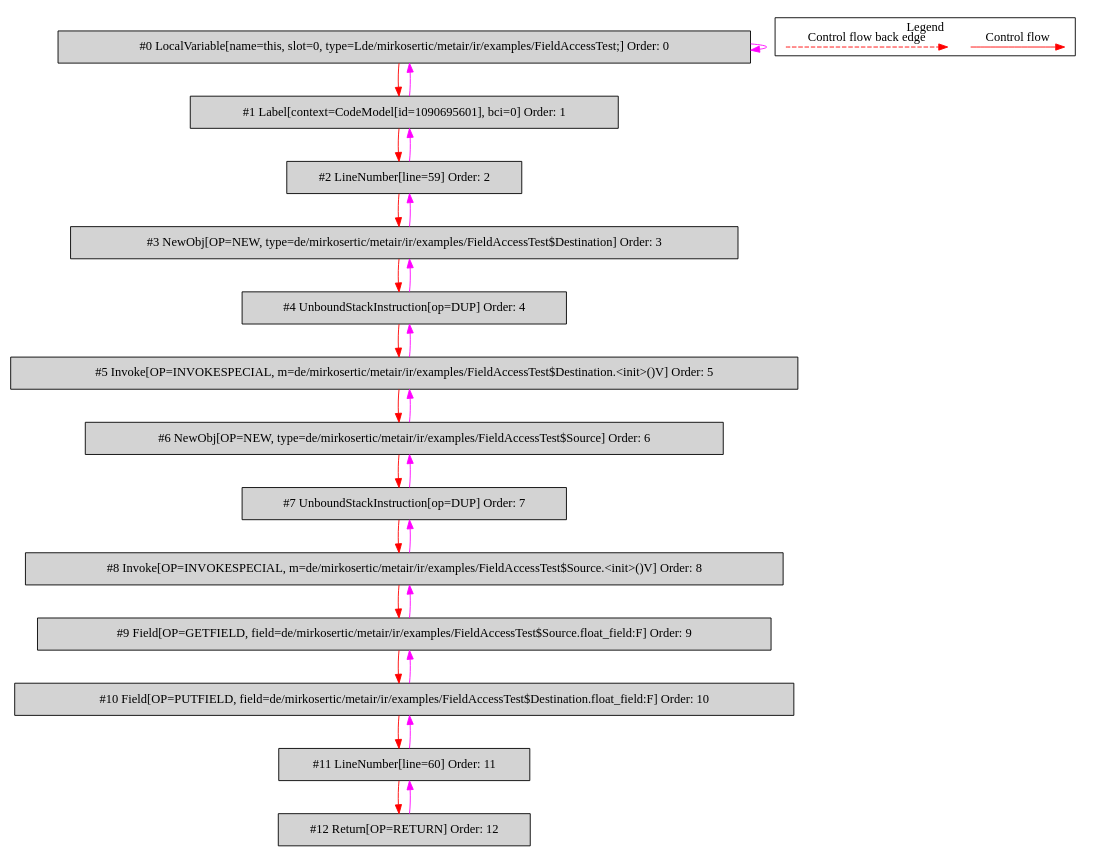
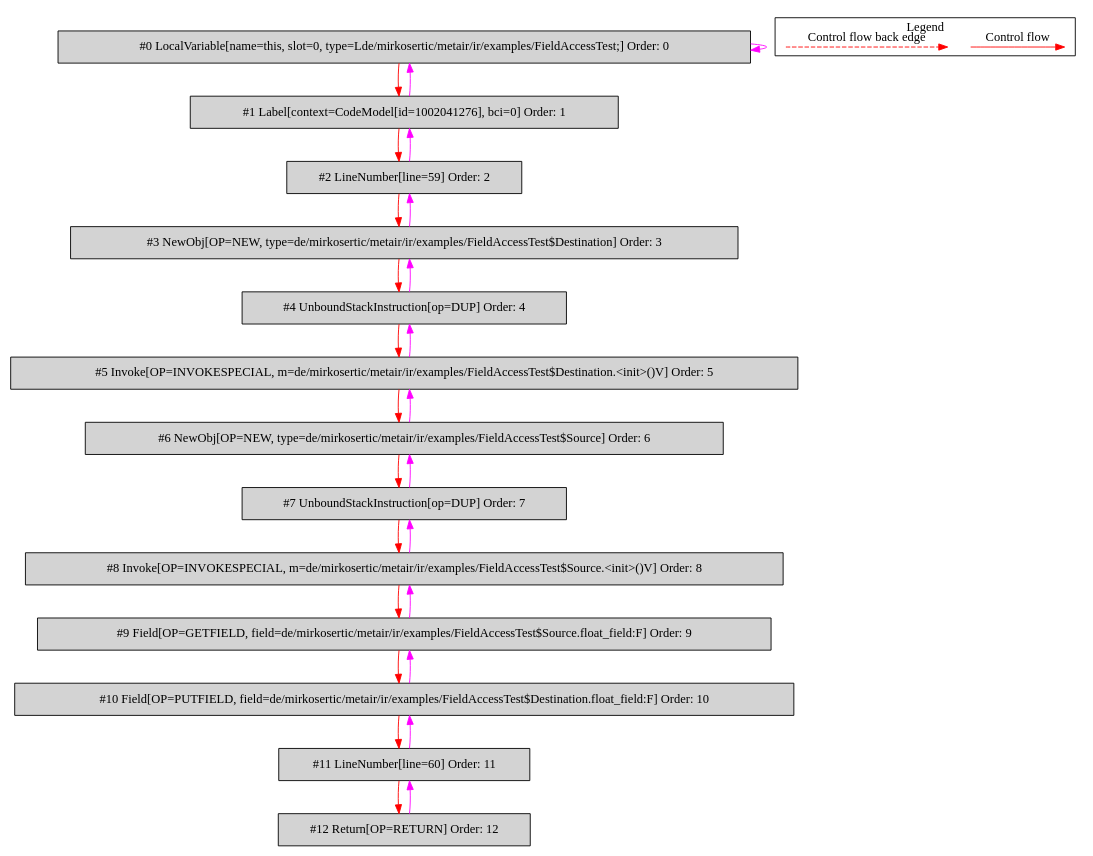
Before and after one commit to mirkosertic/MetaIR: the diagram in de.mirkosertic.metair.ir.examples.FieldAccessTest/copy_float/bytecodecfg.dot, drawn with Graphviz. The commit also changed 508 other files, not shown here.

```diff
--- a/de.mirkosertic.metair.ir.examples.FieldAccessTest/copy_float/bytecodecfg.dot
+++ b/de.mirkosertic.metair.ir.examples.FieldAccessTest/copy_float/bytecodecfg.dot
@@ -1,55 +1,55 @@
 digraph {
  ordering="in";
  node0[label="#0 LocalVariable[name=this, slot=0, type=Lde/mirkosertic/metair/ir/examples/FieldAccessTest;] Order: 0", shape=box, fillcolor=lightgrey, style=filled];
- node1[label="#1 Label[context=CodeModel[id=1090695601], bci=0] Order: 1", shape=box, fillcolor=lightgrey, style=filled];
+ node1[label="#1 Label[context=CodeModel[id=1002041276], bci=0] Order: 1", shape=box, fillcolor=lightgrey, style=filled];
  node2[label="#2 LineNumber[line=59] Order: 2", shape=box, fillcolor=lightgrey, style=filled];
  node3[label="#3 NewObj[OP=NEW, type=de/mirkosertic/metair/ir/examples/FieldAccessTest$Destination] Order: 3", shape=box, fillcolor=lightgrey, style=filled];
  node4[label="#4 UnboundStackInstruction[op=DUP] Order: 4", shape=box, fillcolor=lightgrey, style=filled];
  node5[label="#5 Invoke[OP=INVOKESPECIAL, m=de/mirkosertic/metair/ir/examples/FieldAccessTest$Destination.<init>()V] Order: 5", shape=box, fillcolor=lightgrey, style=filled];
  node6[label="#6 NewObj[OP=NEW, type=de/mirkosertic/metair/ir/examples/FieldAccessTest$Source] Order: 6", shape=box, fillcolor=lightgrey, style=filled];
  node7[label="#7 UnboundStackInstruction[op=DUP] Order: 7", shape=box, fillcolor=lightgrey, style=filled];
  node8[label="#8 Invoke[OP=INVOKESPECIAL, m=de/mirkosertic/metair/ir/examples/FieldAccessTest$Source.<init>()V] Order: 8", shape=box, fillcolor=lightgrey, style=filled];
  node9[label="#9 Field[OP=GETFIELD, field=de/mirkosertic/metair/ir/examples/FieldAccessTest$Source.float_field:F] Order: 9", shape=box, fillcolor=lightgrey, style=filled];
  node10[label="#10 Field[OP=PUTFIELD, field=de/mirkosertic/metair/ir/examples/FieldAccessTest$Destination.float_field:F] Order: 10", shape=box, fillcolor=lightgrey, style=filled];
  node11[label="#11 LineNumber[line=60] Order: 11", shape=box, fillcolor=lightgrey, style=filled];
  node12[label="#12 Return[OP=RETURN] Order: 12", shape=box, fillcolor=lightgrey, style=filled];
  node0 -> node0[color=fuchsia];
  node0 -> node1[color=red];
  node1 -> node0[color=fuchsia];
  node1 -> node2[color=red];
  node2 -> node1[color=fuchsia];
  node2 -> node3[color=red];
  node3 -> node2[color=fuchsia];
  node3 -> node4[color=red];
  node4 -> node3[color=fuchsia];
  node4 -> node5[color=red];
  node5 -> node4[color=fuchsia];
  node5 -> node6[color=red];
  node6 -> node5[color=fuchsia];
  node6 -> node7[color=red];
  node7 -> node6[color=fuchsia];
  node7 -> node8[color=red];
  node8 -> node7[color=fuchsia];
  node8 -> node9[color=red];
  node9 -> node8[color=fuchsia];
  node9 -> node10[color=red];
  node10 -> node9[color=fuchsia];
  node10 -> node11[color=red];
  node11 -> node10[color=fuchsia];
  node11 -> node12[color=red];
  node12 -> node11[color=fuchsia];
  subgraph cluster_000 {
   label = "Legend";
   node [shape=point]
   {
    rank=same;
    c0 [style = invis];
    c1 [style = invis];
    c2 [style = invis];
    c3 [style = invis];
   }
   c0 -> c1 [label="Control flow", style=solid, color=red]
   c2 -> c3 [label="Control flow back edge", style=dashed, color=red]
  }
 
 }
```
